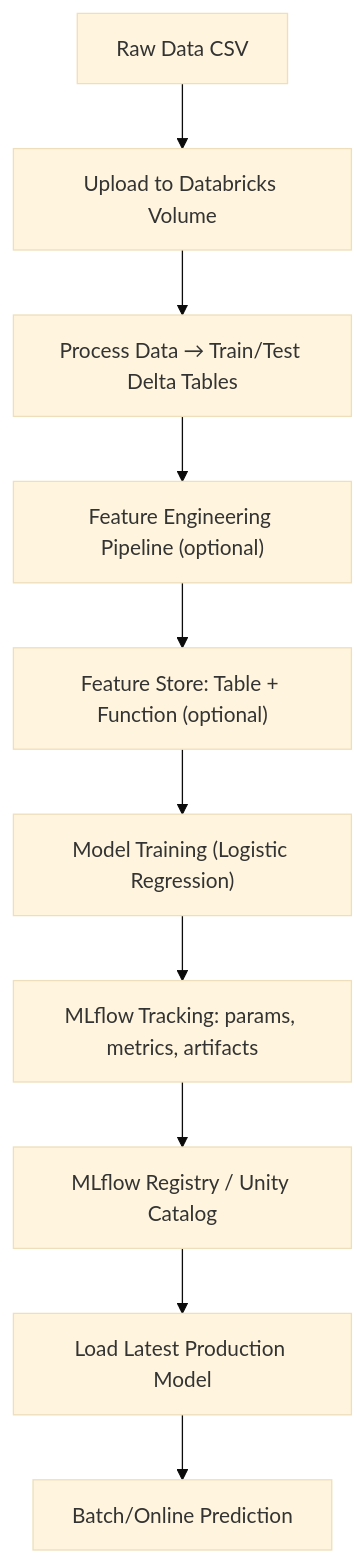
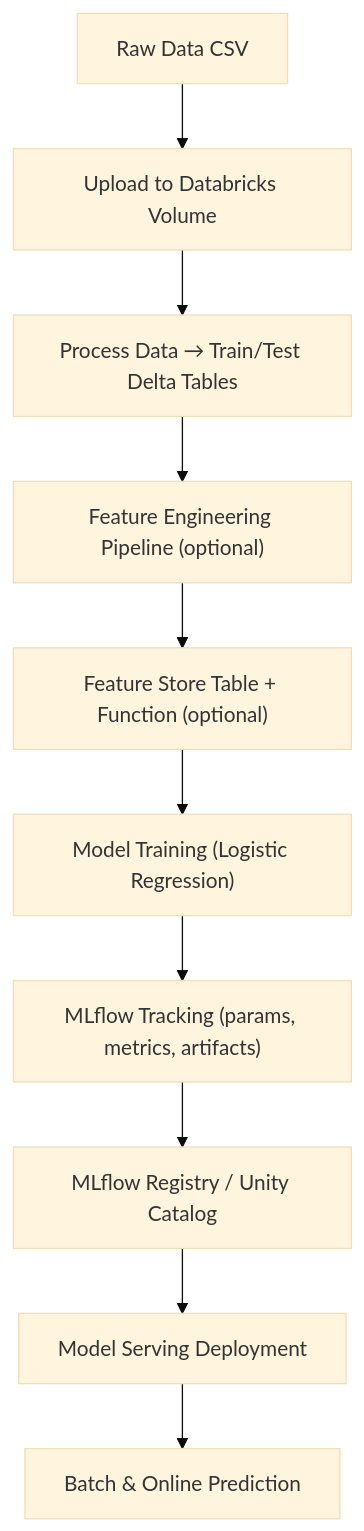
The diagram in README.md (end-to-end-mlops-databricks-4/marvelous-databricks-course-malganis35), drawn with Mermaid (base theme) before and after one commit. The commit also changed other lines of this file, not shown here.

````diff
--- a/README.md
+++ b/README.md
@@ -155,12 +203,12 @@
 ```mermaid
 flowchart TD
     A[Raw Data CSV] --> B[Upload to Databricks Volume]
     B --> C[Process Data → Train/Test Delta Tables]
     C --> D["Feature Engineering Pipeline (optional)"]
-    D --> E["Feature Store: Table + Function (optional)"]
+    D --> E["Feature Store Table + Function (optional)"]
     E --> F["Model Training (Logistic Regression)"]
-    F --> G[MLflow Tracking: params, metrics, artifacts]
+    F --> G["MLflow Tracking (params, metrics, artifacts)"]
     G --> H[MLflow Registry / Unity Catalog]
-    H --> I[Load Latest Production Model]
-    I --> J[Batch/Online Prediction]
+    H --> I[Model Serving Deployment]
+    I --> J[Batch & Online Prediction]
 ```
````
